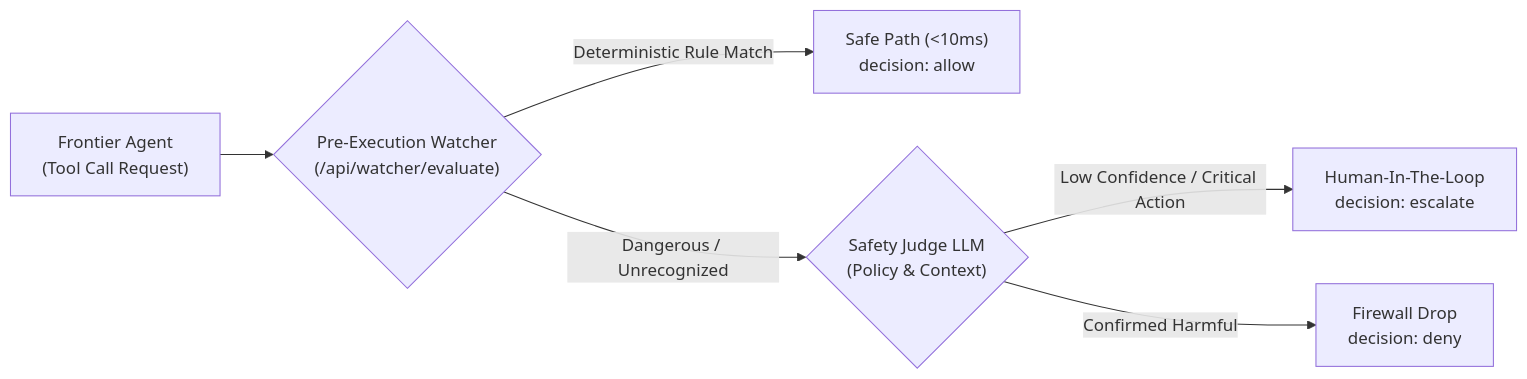
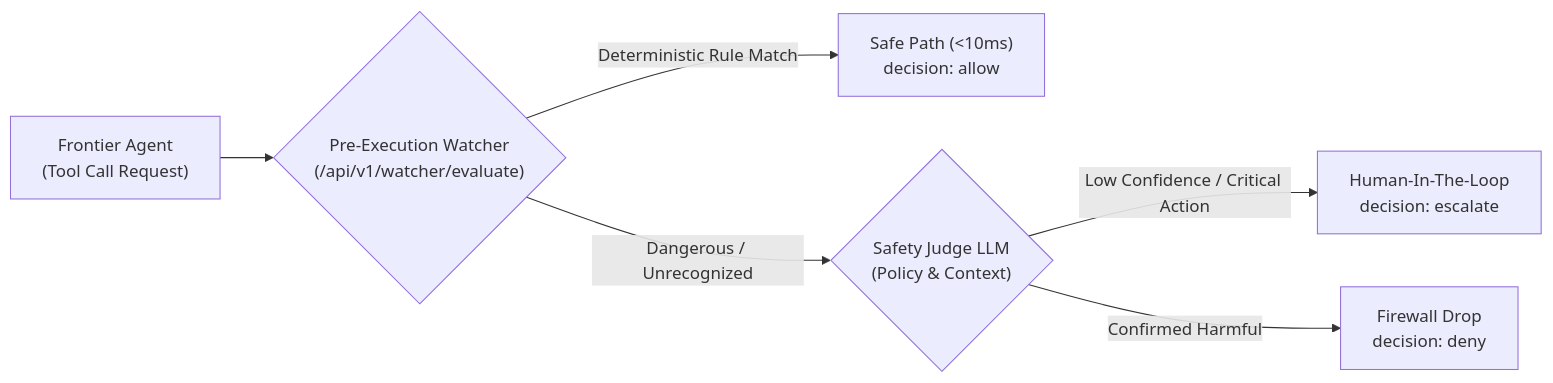
One commit to UnAnPH/openeval-studio changed the diagram in docs/notes/ai_safety_research_notes.md. Above: the diagram before and after it, drawn with Mermaid. The commit also changed other lines of this file and 81 other files, not shown here.

````diff
--- a/docs/notes/ai_safety_research_notes.md
+++ b/docs/notes/ai_safety_research_notes.md
@@ -64,8 +64,8 @@
 ```mermaid
 flowchart LR
-    LLM["Frontier Agent<br/>(Tool Call Request)"] --> Watcher{"Pre-Execution Watcher<br/>(/api/watcher/evaluate)"}
+    LLM["Frontier Agent<br/>(Tool Call Request)"] --> Watcher{"Pre-Execution Watcher<br/>(/api/v1/watcher/evaluate)"}
     Watcher -->|Deterministic Rule Match| FastPath["Safe Path (<10ms)<br/>decision: allow"]
     Watcher -->|Dangerous / Unrecognized| LLMJudge{"Safety Judge LLM<br/>(Policy & Context)"}
     LLMJudge -->|Low Confidence / Critical Action| Escalation["Human-In-The-Loop<br/>decision: escalate"]
     LLMJudge -->|Confirmed Harmful| Block["Firewall Drop<br/>decision: deny"]
 ```
````
